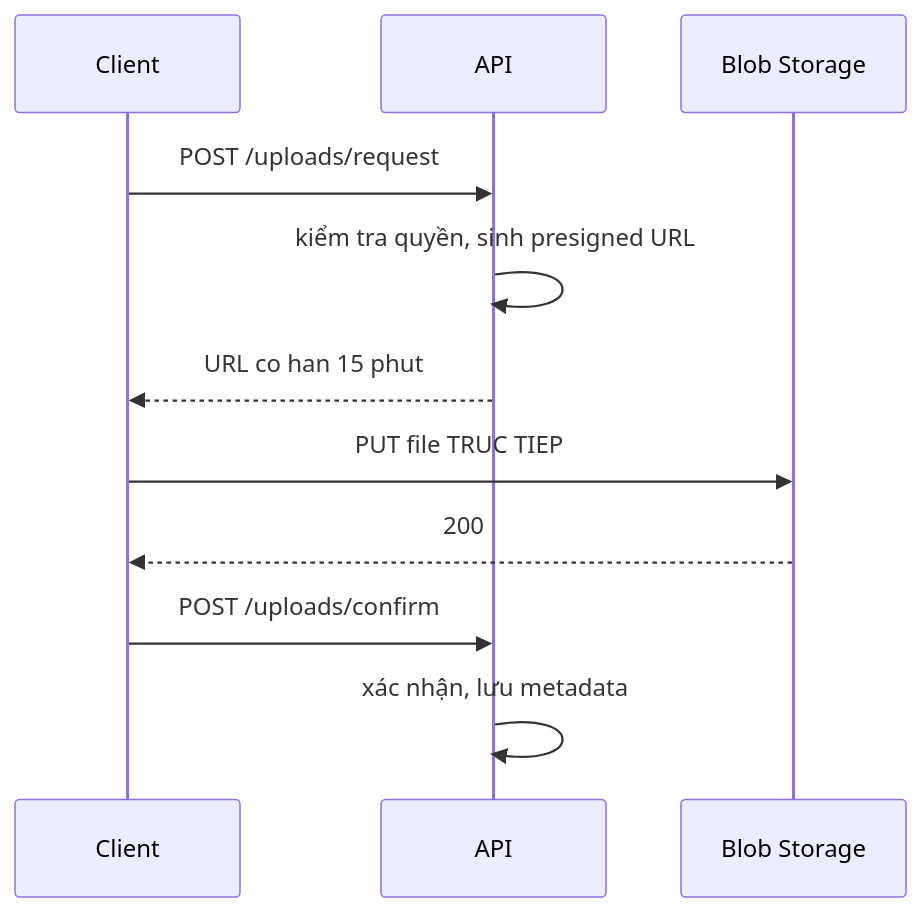
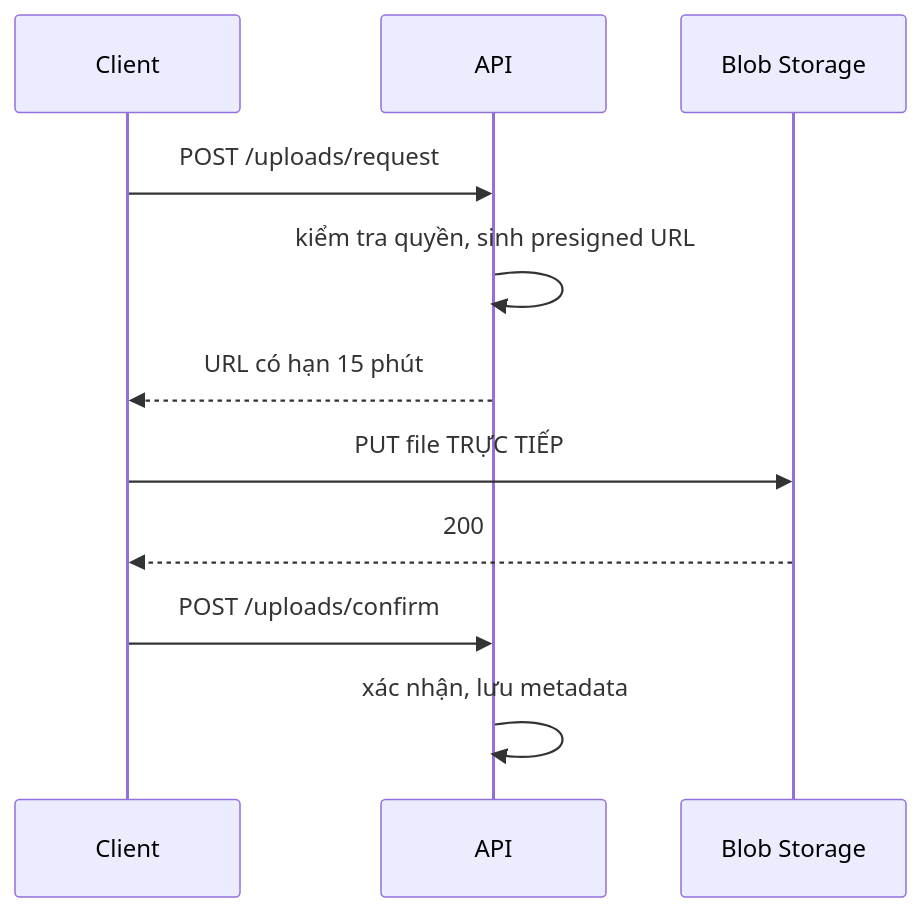
One commit to TienNHM/dotnet-course changed the diagram in lessons/stage-03-aspnet-core-backend/module-09-web-api-professional/9.5-file-upload-and-download.md. Above: the diagram before and after it, drawn with Mermaid. The commit also changed other lines of this file and 10 other files, not shown here.

````diff
--- a/lessons/stage-03-aspnet-core-backend/module-09-web-api-professional/9.5-file-upload-and-download.md
+++ b/lessons/stage-03-aspnet-core-backend/module-09-web-api-professional/9.5-file-upload-and-download.md
@@ -205,13 +271,13 @@
 ```mermaid
 sequenceDiagram
     participant C as Client
     participant A as API
     participant S as Blob Storage
     C->>A: POST /uploads/request
     A->>A: kiểm tra quyền, sinh presigned URL
-    A-->>C: URL co han 15 phut
-    C->>S: PUT file TRUC TIEP
+    A-->>C: URL có hạn 15 phút
+    C->>S: PUT file TRỰC TIẾP
     S-->>C: 200
     C->>A: POST /uploads/confirm
     A->>A: xác nhận, lưu metadata
 ```
````
